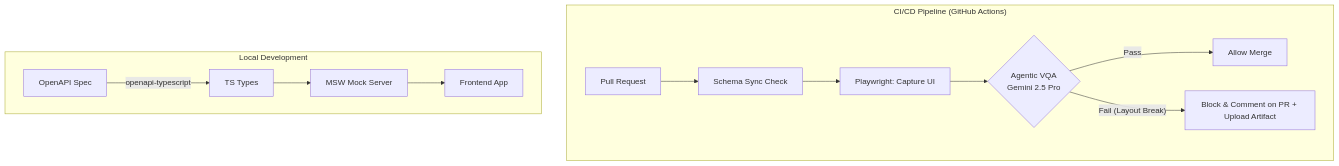
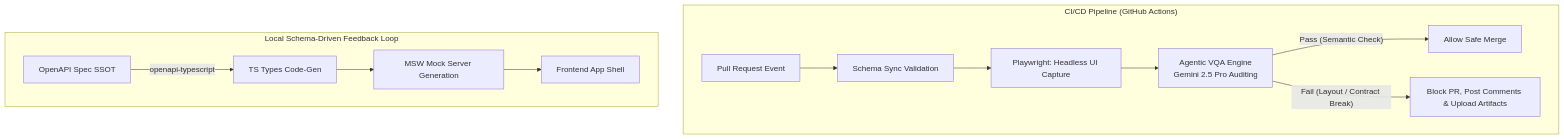
One commit to y-matsuo081991/ai-qa-architecture-portfolio changed the diagram in README.md. Above: the diagram before and after it, drawn with Mermaid. The commit also changed other lines of this file, not shown here.

Commit message:
docs: complete rewrite of README to premium English architecture specification

````diff
--- a/README.md
+++ b/README.md
@@ -35,16 +39,16 @@
 ```mermaid
 graph TD
-    subgraph "CI/CD Pipeline (GitHub Actions)"
-        PR[Pull Request] --> Sync[Schema Sync Check]
-        Sync --> PW[Playwright: Capture UI]
-        PW --> VLM{Agentic VQA\nGemini 2.5 Pro}
-        VLM -- "Pass" --> Merge[Allow Merge]
-        VLM -- "Fail (Layout Break)" --> Block[Block & Comment on PR + Upload Artifact]
+    subgraph CI ["CI/CD Pipeline (GitHub Actions)"]
+        PR[Pull Request Event] --> Sync[Schema Sync Validation]
+        Sync --> PW[Playwright: Headless UI Capture]
+        PW --> VLM[Agentic VQA Engine <br>Gemini 2.5 Pro Auditing]
+        VLM -- "Pass (Semantic Check)" --> Merge[Allow Safe Merge]
+        VLM -- "Fail (Layout / Contract Break)" --> Block[Block PR, Post Comments & Upload Artifacts]
     end
 
-    subgraph "Local Development"
-        OAS[OpenAPI Spec] -- "openapi-typescript" --> Types[TS Types]
-        Types --> MSW[MSW Mock Server]
-        MSW --> UI[Frontend App]
+    subgraph Local ["Local Schema-Driven Feedback Loop"]
+        OAS[OpenAPI Spec SSOT] -- "openapi-typescript" --> Types[TS Types Code-Gen]
+        Types --> MSW[MSW Mock Server Generation]
+        MSW --> UI[Frontend App Shell]
     end
 ```
````
